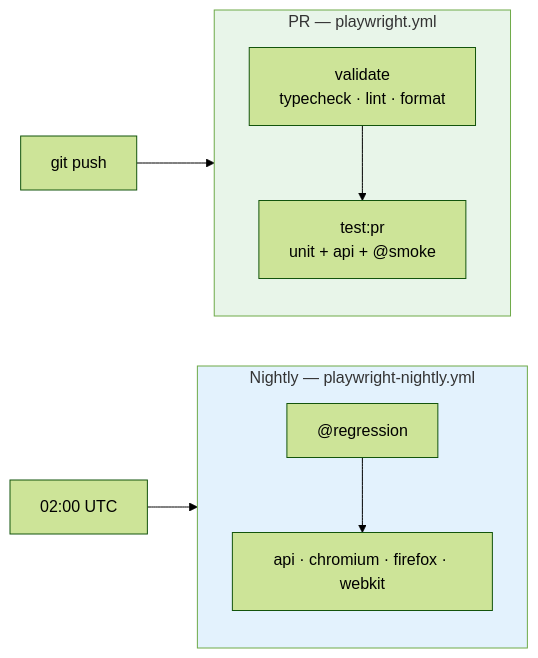
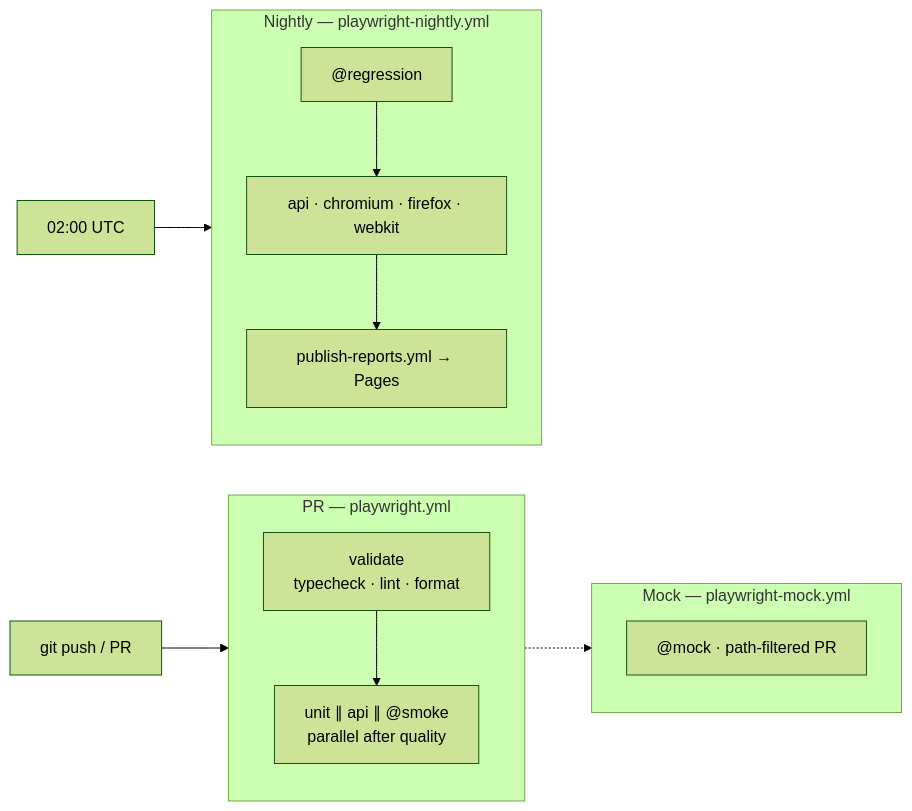
The eighth of 9 diagrams in docs/ARCHITECTURE.md (hemantjanrao/playwright-learning), drawn with Mermaid (forest theme) before and after one commit. The commit also changed other lines of this file and 18 other files, not shown here.

````diff
--- a/docs/ARCHITECTURE.md
+++ b/docs/ARCHITECTURE.md
@@ -328,22 +328,25 @@
 ```mermaid
 flowchart LR
     subgraph PR["PR — playwright.yml"]
         direction TB
         P1["validate<br/>typecheck · lint · format"]
-        P2["test:pr<br/>unit + api + @smoke"]
+        P2["unit ∥ api ∥ @smoke<br/>parallel after quality"]
         P1 --> P2
     end
 
     subgraph NIGHTLY["Nightly — playwright-nightly.yml"]
         direction TB
         N1["@regression"]
         N2["api · chromium · firefox · webkit"]
-        N1 --> N2
+        N3["publish-reports.yml → Pages"]
+        N1 --> N2 --> N3
     end
 
-    PUSH["git push"] --> PR
+    subgraph MOCK["Mock — playwright-mock.yml"]
+        M1["@mock · path-filtered PR"]
+    end
+
+    PUSH["git push / PR"] --> PR
     CRON["02:00 UTC"] --> NIGHTLY
-
-    style PR fill:#e8f5e9
-    style NIGHTLY fill:#e3f2fd
+    PR -.-> MOCK
 ```
````
